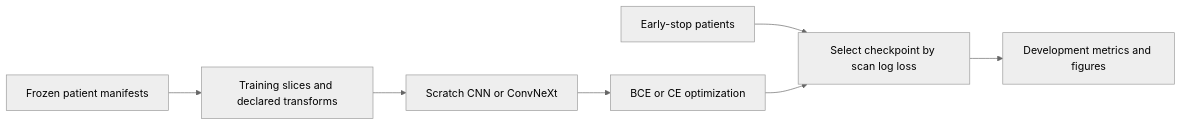
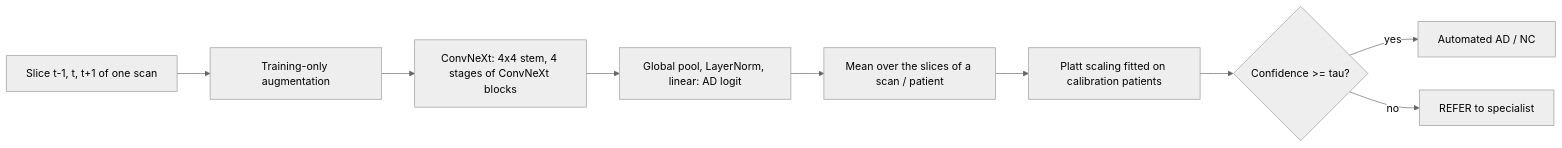
One commit to 54dK3n/PatternAnalysis-2026 changed the diagram in recognition/ConvNeXt_ADNI_s4983666/README.md. Above: the diagram before and after it, drawn with Mermaid (neutral theme). The commit also changed other lines of this file and 4 other files, not shown here.

````diff
--- a/recognition/ConvNeXt_ADNI_s4983666/README.md
+++ b/recognition/ConvNeXt_ADNI_s4983666/README.md
@@ -25,9 +24,11 @@
 ```mermaid
 flowchart LR
-    A[Frozen patient manifests] --> B[Training slices and declared transforms]
-    B --> C[Scratch CNN or ConvNeXt]
-    C --> D[BCE or CE optimization]
-    E[Early-stop patients] --> F[Select checkpoint by scan log loss]
-    D --> F
-    F --> G[Development metrics and figures]
+    A[Slice t-1, t, t+1 of one scan] --> B[Training-only augmentation]
+    B --> C[ConvNeXt: 4x4 stem, 4 stages of ConvNeXt blocks]
+    C --> D[Global pool, LayerNorm, linear: AD logit]
+    D --> E[Mean over the slices of a scan / patient]
+    E --> F[Platt scaling fitted on calibration patients]
+    F --> G{Confidence >= tau?}
+    G -- yes --> H[Automated AD / NC]
+    G -- no --> I[REFER to specialist]
 ```
````
